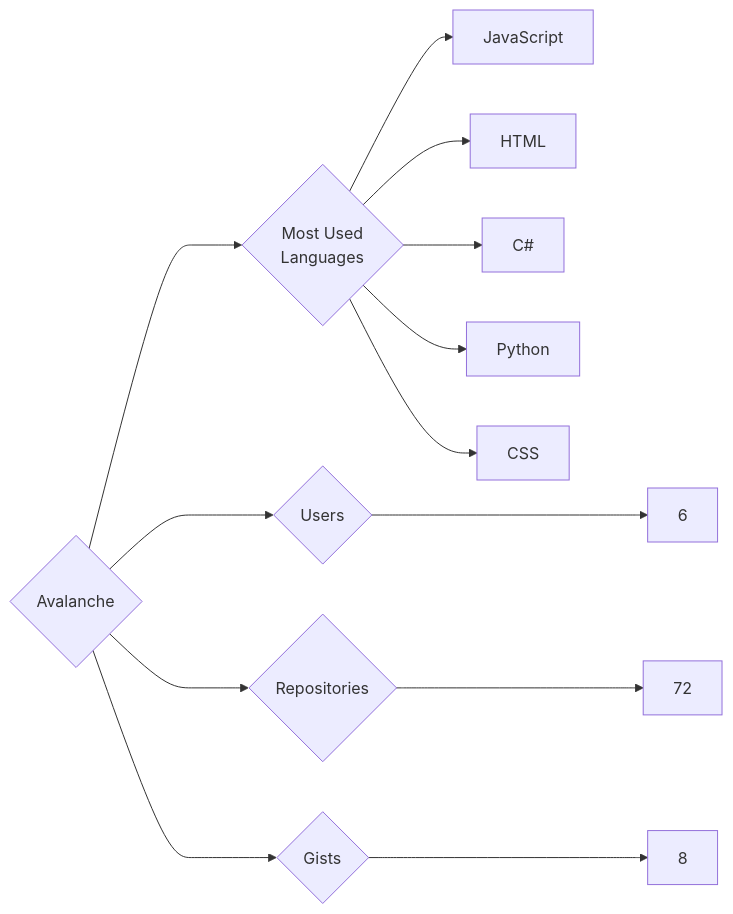
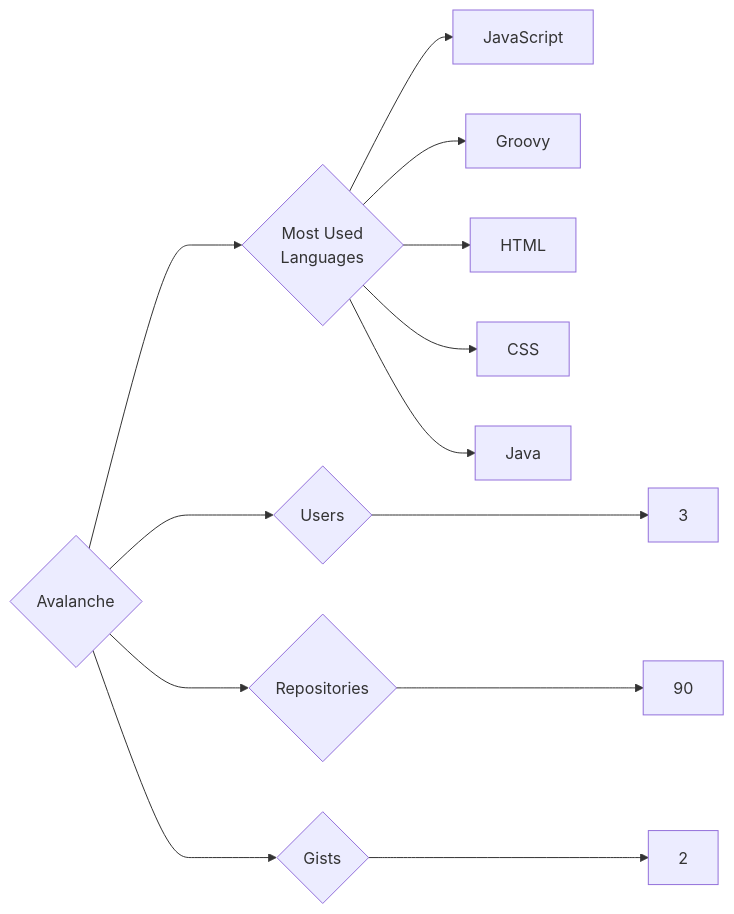
Before and after one commit to trickest/insiders: the diagram in targets/Avalanche/README.md, drawn with Mermaid. The commit also changed 1055 other files, not shown here.

````diff
--- a/targets/Avalanche/README.md
+++ b/targets/Avalanche/README.md
@@ -3,13 +3,13 @@
 ```mermaid
 graph LR
 COMPANY_NAME{Avalanche}
-COMPANY_NAME ---> U{Users} ---> UN[6]
-COMPANY_NAME ---> R{Repositories} ---> RN[72]
-COMPANY_NAME ---> G{Gists} ---> GN[8]
+COMPANY_NAME ---> U{Users} ---> UN[3]
+COMPANY_NAME ---> R{Repositories} ---> RN[90]
+COMPANY_NAME ---> G{Gists} ---> GN[2]
 COMPANY_NAME ---> ML{Most Used<br>Languages}
 ML --> JavaScript[JavaScript]
+ML --> Groovy[Groovy]
 ML --> HTML[HTML]
-ML --> C#[C#]
-ML --> Python[Python]
 ML --> CSS[CSS]
+ML --> Java[Java]
 ```
````
